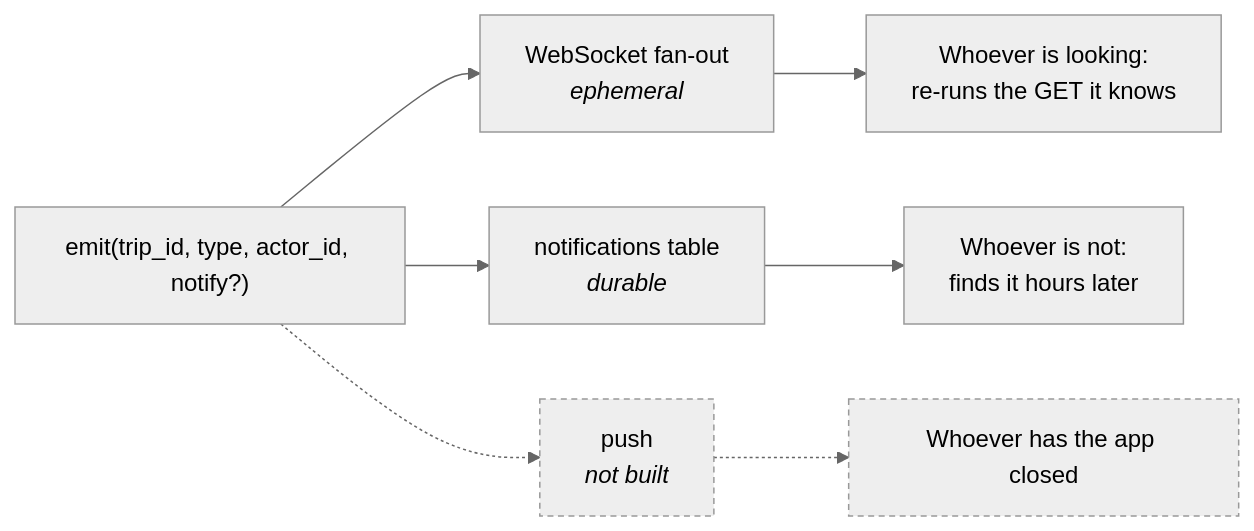
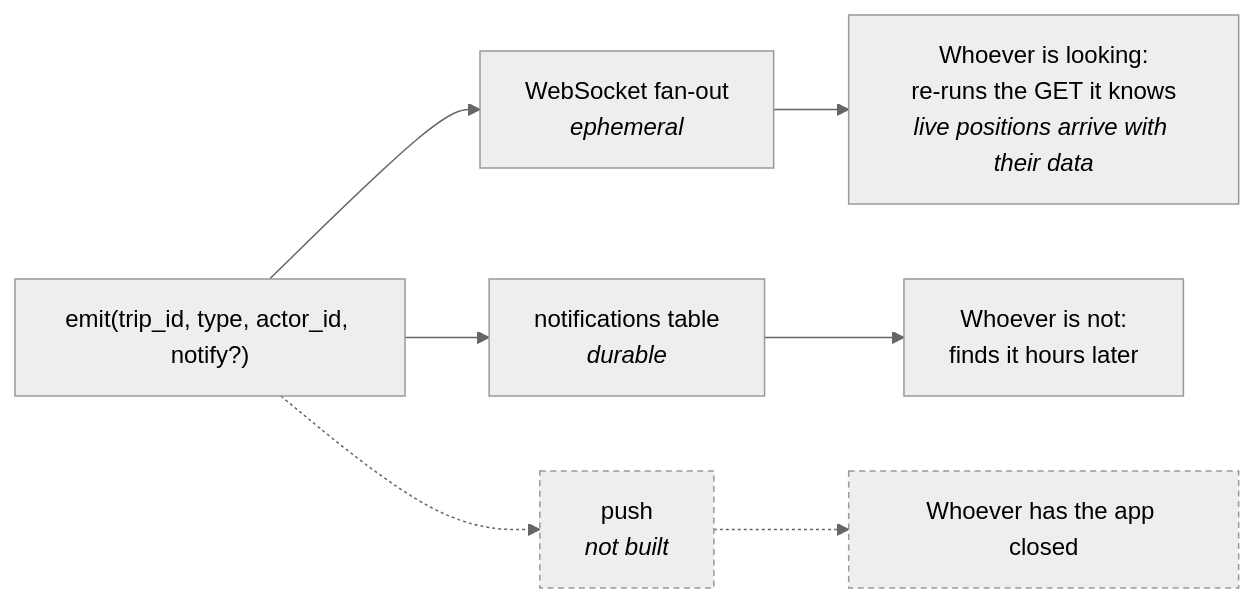
One commit to ghiacciolodev/ToDoTrip changed the sixth of 9 diagrams in docs/ARCHITECTURE.md. Above: the diagram before and after it, drawn with Mermaid (neutral theme). The commit also changed other lines of this file and 4 other files, not shown here.

````diff
--- a/docs/ARCHITECTURE.md
+++ b/docs/ARCHITECTURE.md
@@ -256,15 +259,15 @@
 ```mermaid
 flowchart LR
     hub["emit(trip_id, type, actor_id, notify?)"]
 
     hub --> ws["WebSocket fan-out<br/><i>ephemeral</i>"]
     hub --> notif["notifications table<br/><i>durable</i>"]
     hub -.-> push["push<br/><i>not built</i>"]
 
-    ws --> online["Whoever is looking:<br/>re-runs the GET it knows"]
+    ws --> online["Whoever is looking:<br/>re-runs the GET it knows<br/><i>live positions arrive with their data</i>"]
     notif --> offline["Whoever is not:<br/>finds it hours later"]
     push -.-> closed["Whoever has the app closed"]
 
     classDef todo stroke-dasharray: 4 3
     class push,closed todo
 ```
````
